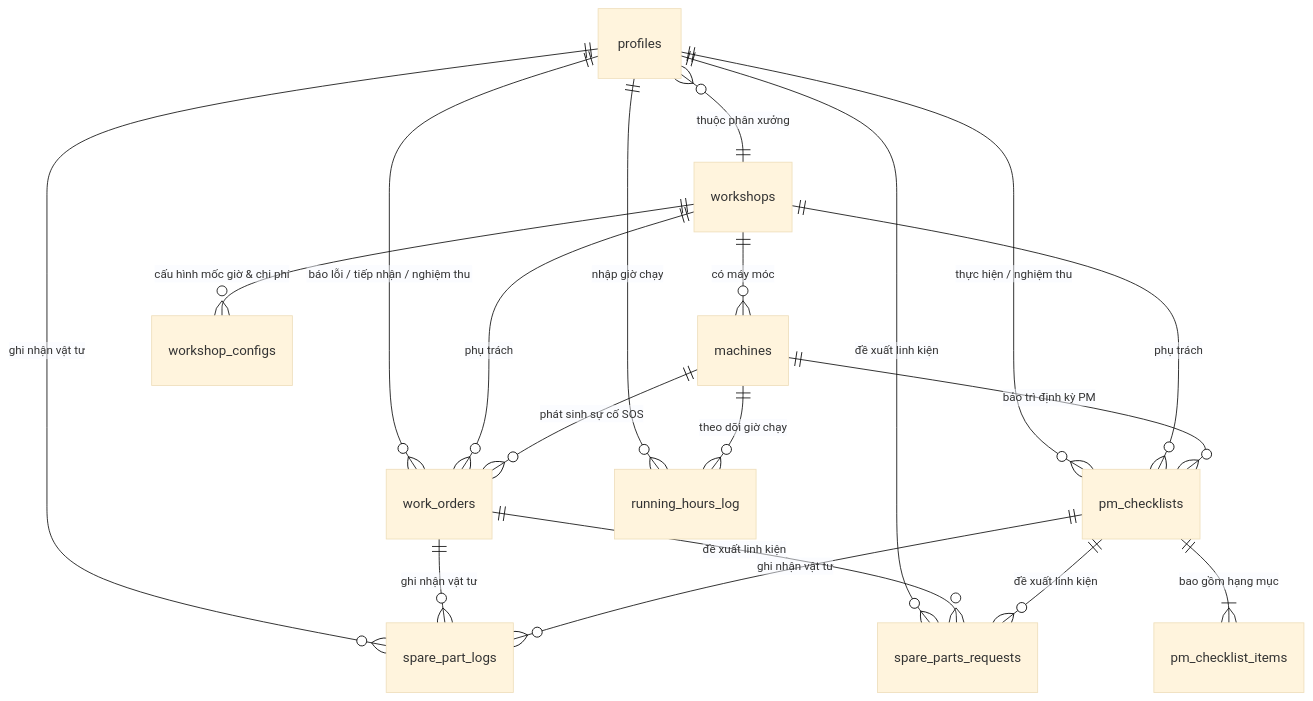
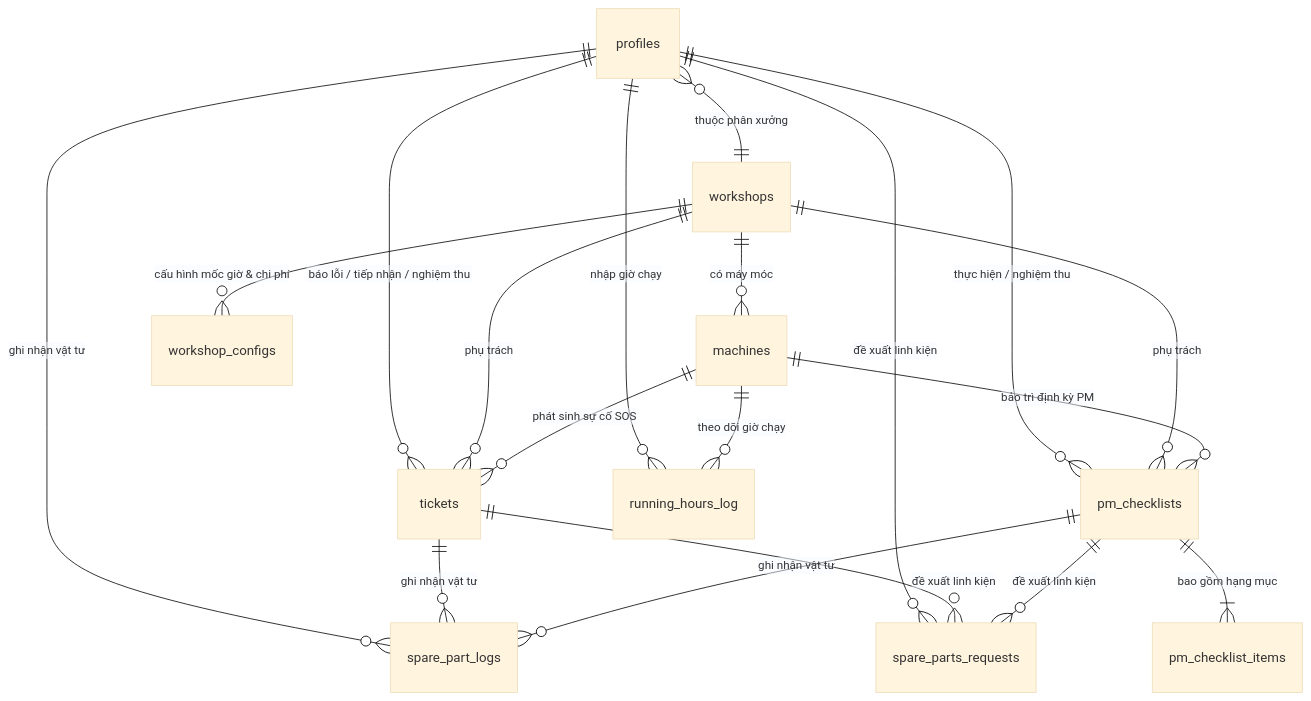
One commit to pvduy23052005/cse441-mobile-asset-track changed the diagram in database_schema.md. Above: the diagram before and after it, drawn with Mermaid (base theme). The commit also changed other lines of this file and 3 other files, not shown here.

Commit message:
docs: update project documentation and database schema design specifications

````diff
--- a/database_schema.md
+++ b/database_schema.md
@@ -9,21 +9,21 @@
 ```mermaid
 erDiagram
-    profiles ||--o{ work_orders : "báo lỗi / tiếp nhận / nghiệm thu"
+    profiles ||--o{ tickets : "báo lỗi / tiếp nhận / nghiệm thu"
     profiles ||--o{ pm_checklists : "thực hiện / nghiệm thu"
     profiles ||--o{ spare_part_logs : "ghi nhận vật tư"
     profiles ||--o{ spare_parts_requests : "đề xuất linh kiện"
     profiles ||--o{ running_hours_log : "nhập giờ chạy"
     profiles }o--|| workshops : "thuộc phân xưởng"
     workshops ||--o{ machines : "có máy móc"
     workshops ||--o{ workshop_configs : "cấu hình mốc giờ & chi phí"
-    workshops ||--o{ work_orders : "phụ trách"
+    workshops ||--o{ tickets : "phụ trách"
     workshops ||--o{ pm_checklists : "phụ trách"
-    machines ||--o{ work_orders : "phát sinh sự cố SOS"
+    machines ||--o{ tickets : "phát sinh sự cố SOS"
     machines ||--o{ pm_checklists : "bảo trì định kỳ PM"
     machines ||--o{ running_hours_log : "theo dõi giờ chạy"
     pm_checklists ||--|{ pm_checklist_items : "bao gồm hạng mục"
-    work_orders ||--o{ spare_part_logs : "ghi nhận vật tư"
+    tickets ||--o{ spare_part_logs : "ghi nhận vật tư"
     pm_checklists ||--o{ spare_part_logs : "ghi nhận vật tư"
-    work_orders ||--o{ spare_parts_requests : "đề xuất linh kiện"
+    tickets ||--o{ spare_parts_requests : "đề xuất linh kiện"
     pm_checklists ||--o{ spare_parts_requests : "đề xuất linh kiện"
 ```
````
